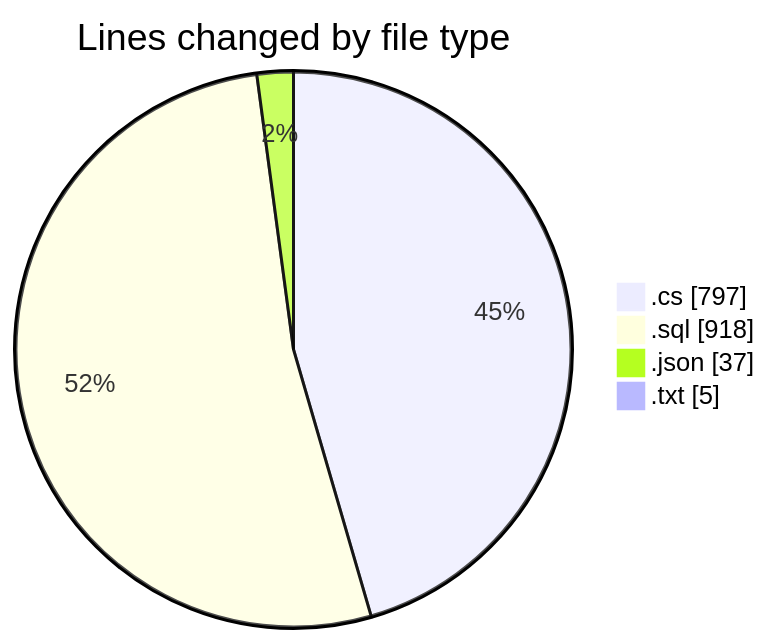
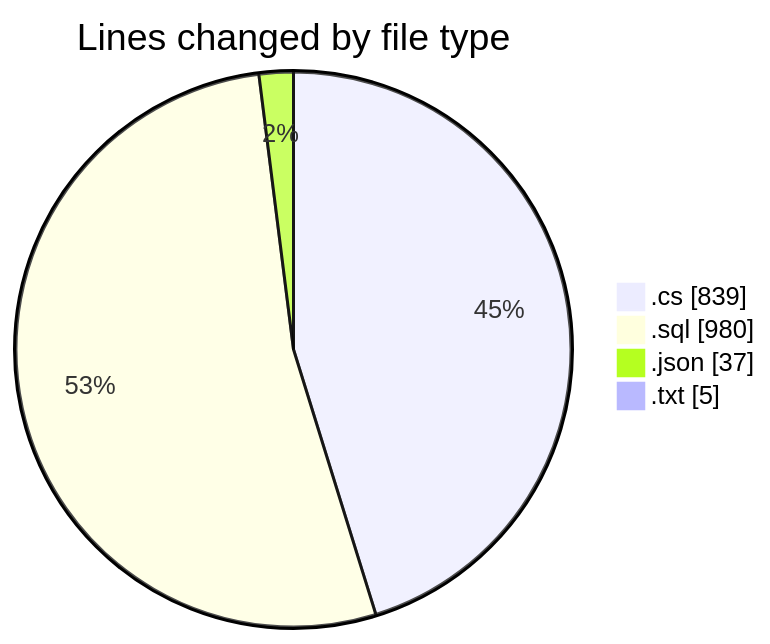
One commit to Netris89/code-tracking changed the first of 2 diagrams in 2025-04-04/back-end/README.md. Above: the diagram before and after it, drawn with Mermaid. The commit also changed other lines of this file and 1 other file, not shown here.

````diff
--- a/2025-04-04/back-end/README.md
+++ b/2025-04-04/back-end/README.md
@@ -27,8 +28,8 @@
 ```mermaid
 pie showData
 title Lines changed by file type
-".cs" : 797
-".sql" : 918
+".cs" : 839
+".sql" : 980
 ".json" : 37
 ".txt" : 5
 ```
````
